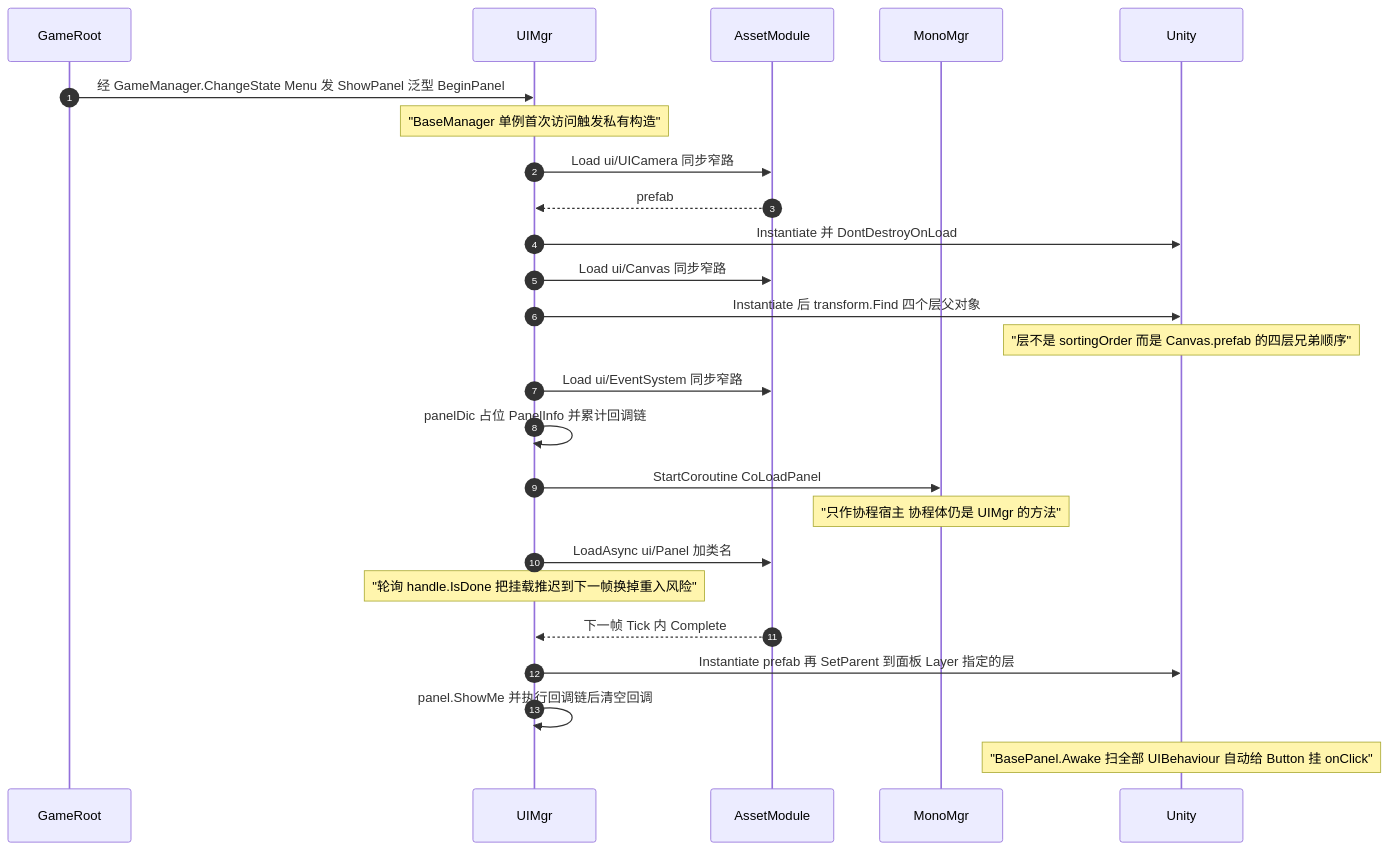
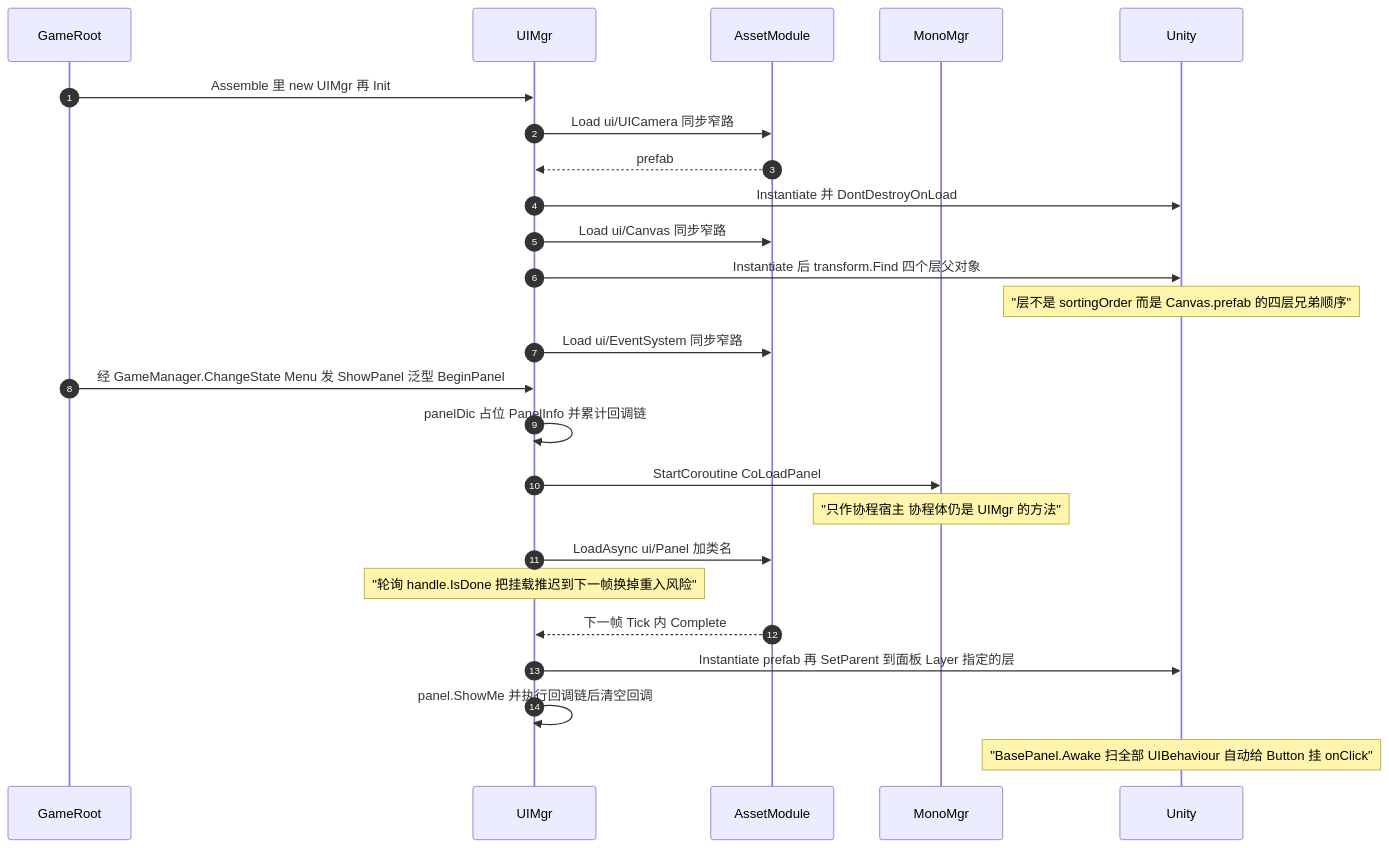
Before and after one commit to 5FYZhou/deepseaoil: diagram 15 of 16 in Docs/框架设计/架构图集.md, drawn with Mermaid. The commit also changed other lines of this file and 13 other files, not shown here.

````diff
--- a/Docs/框架设计/架构图集.md
+++ b/Docs/框架设计/架构图集.md
@@ -600,27 +696,27 @@
 ```mermaid
 sequenceDiagram
     autonumber
     participant GR as GameRoot
     participant UI as UIMgr
     participant AM as AssetModule
     participant MM as MonoMgr
     participant U as Unity
-    GR->>UI: 经 GameManager.ChangeState Menu 发 ShowPanel 泛型 BeginPanel
-    Note over UI: "BaseManager 单例首次访问触发私有构造"
+    GR->>UI: Assemble 里 new UIMgr 再 Init
     UI->>AM: Load ui/UICamera 同步窄路
     AM-->>UI: prefab
     UI->>U: Instantiate 并 DontDestroyOnLoad
     UI->>AM: Load ui/Canvas 同步窄路
     UI->>U: Instantiate 后 transform.Find 四个层父对象
     Note over U: "层不是 sortingOrder 而是 Canvas.prefab 的四层兄弟顺序"
     UI->>AM: Load ui/EventSystem 同步窄路
+    GR->>UI: 经 GameManager.ChangeState Menu 发 ShowPanel 泛型 BeginPanel
     UI->>UI: panelDic 占位 PanelInfo 并累计回调链
     UI->>MM: StartCoroutine CoLoadPanel
     Note over MM: "只作协程宿主 协程体仍是 UIMgr 的方法"
     UI->>AM: LoadAsync ui/Panel 加类名
     Note over UI: "轮询 handle.IsDone 把挂载推迟到下一帧换掉重入风险"
     AM-->>UI: 下一帧 Tick 内 Complete
     UI->>U: Instantiate prefab 再 SetParent 到面板 Layer 指定的层
     UI->>UI: panel.ShowMe 并执行回调链后清空回调
     Note over U: "BasePanel.Awake 扫全部 UIBehaviour 自动给 Button 挂 onClick"
 ```
````
